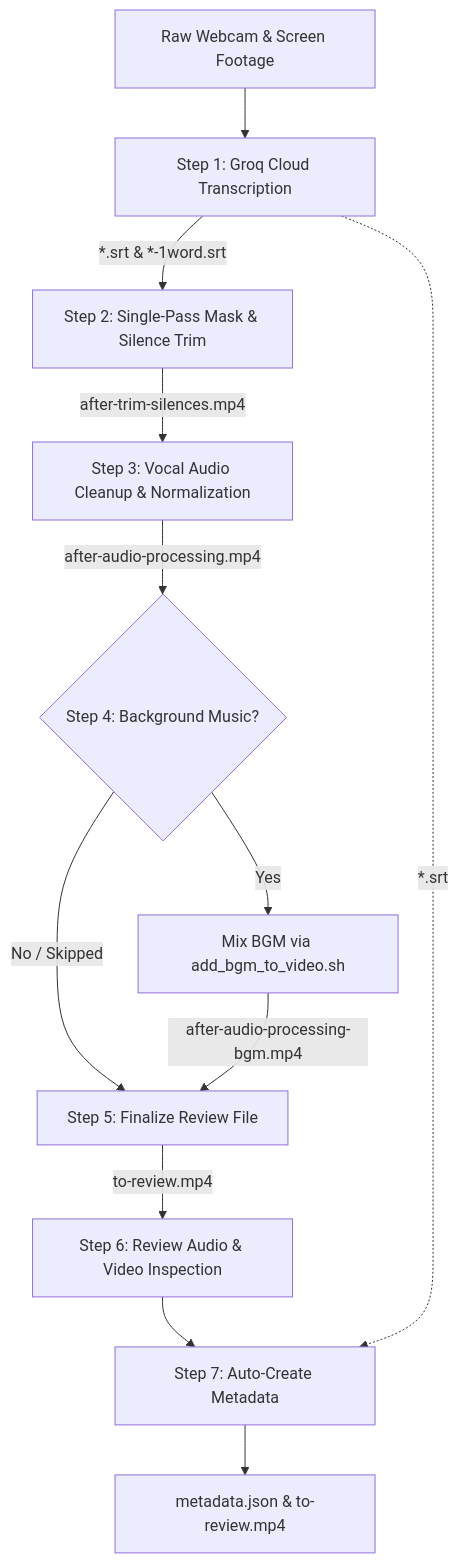
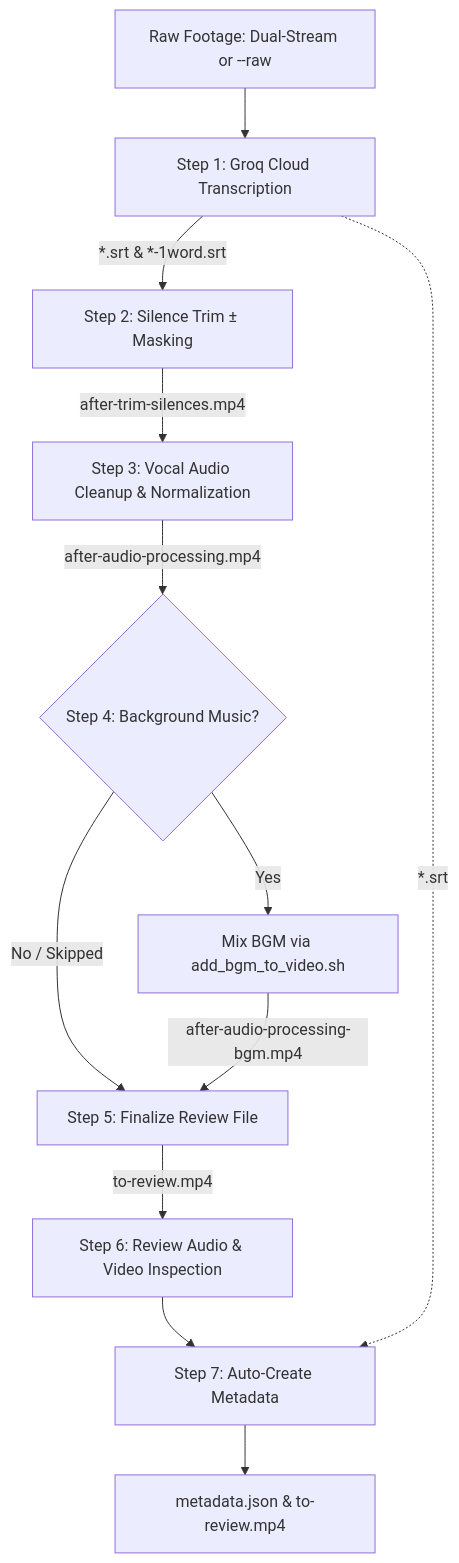
Before and after one commit to hassanaziz0012/phantom-editor: the second of 2 diagrams in docs/pipelines.md, drawn with Mermaid. The commit also changed other lines of this file, not shown here.

Commit message:
Document raw mode and skip review options in pipeline processing

````diff
--- a/docs/pipelines.md
+++ b/docs/pipelines.md
@@ -173,14 +180,14 @@
 ```mermaid
 flowchart TD
-    Raw[Raw Webcam & Screen Footage] --> Step1[Step 1: Groq Cloud Transcription]
-    Step1 -->|*.srt & *-1word.srt| Step2[Step 2: Single-Pass Mask & Silence Trim]
+    Raw[Raw Footage: Dual-Stream or --raw] --> Step1[Step 1: Groq Cloud Transcription]
+    Step1 -->|*.srt & *-1word.srt| Step2[Step 2: Silence Trim ± Masking]
     Step2 -->|after-trim-silences.mp4| Step3[Step 3: Vocal Audio Cleanup & Normalization]
     Step3 -->|after-audio-processing.mp4| Step4{Step 4: Background Music?}
     Step4 -->|Yes| Step4Run[Mix BGM via add_bgm_to_video.sh]
     Step4 -->|No / Skipped| Step5[Step 5: Finalize Review File]
     Step4Run -->|after-audio-processing-bgm.mp4| Step5
     Step5 -->|to-review.mp4| Step6[Step 6: Review Audio & Video Inspection]
     Step6 --> Step7[Step 7: Auto-Create Metadata]
     Step1 -.->|*.srt| Step7
     Step7 --> Output[metadata.json & to-review.mp4]
 ```
````
